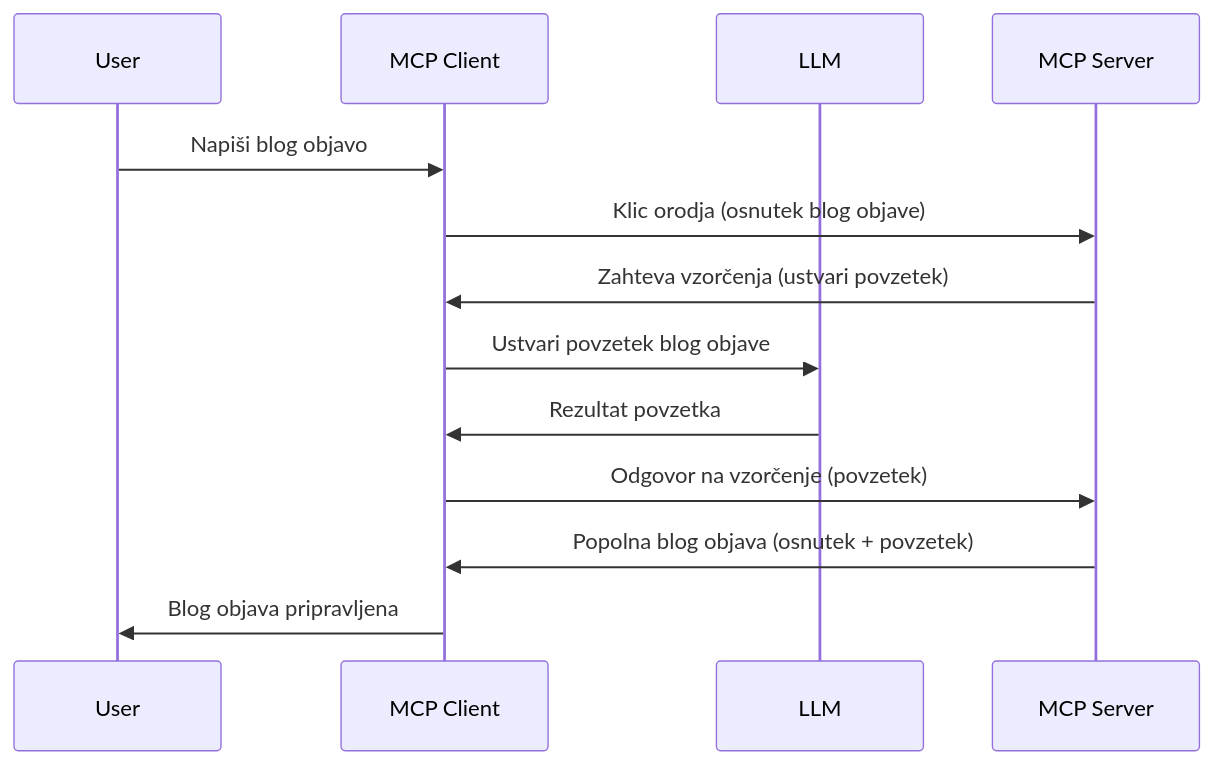
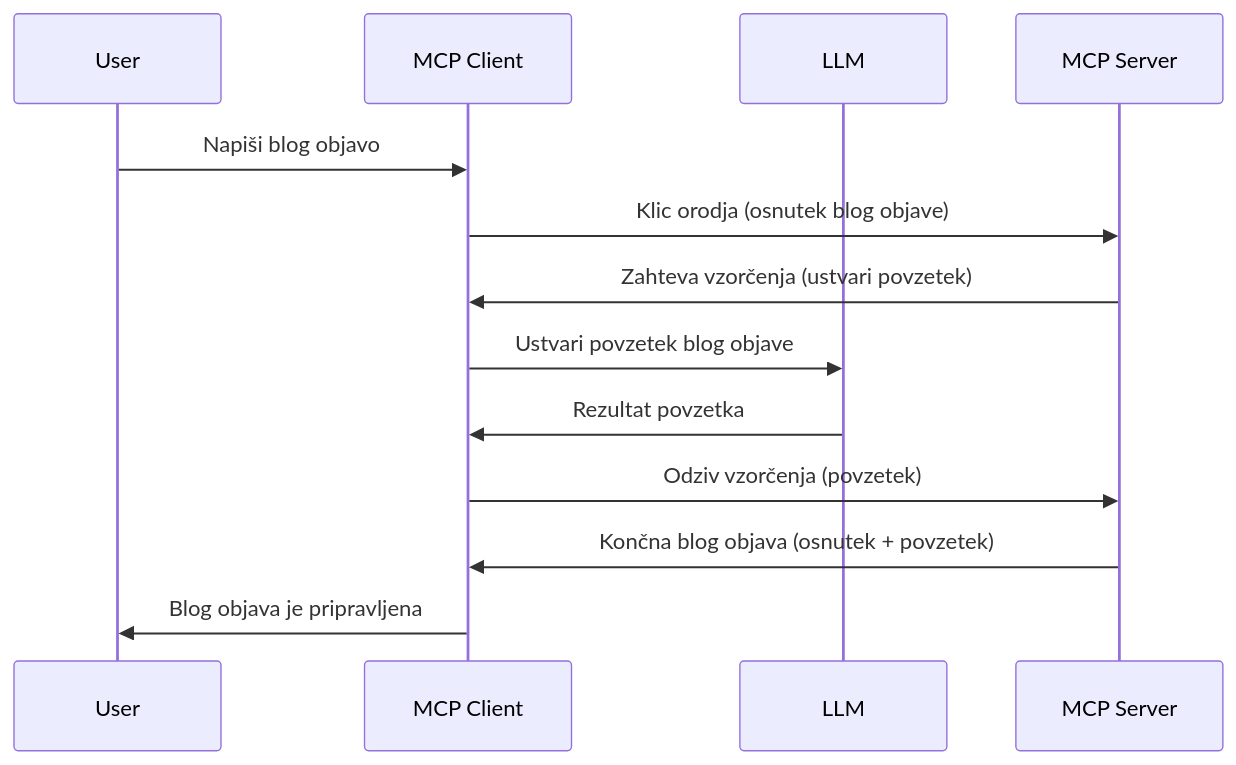
One commit to HIDORAKAI002/ai-workspace-archive changed the diagram in mcp_ecosystem__model_context_protocol/mcp_learning_resources/mcp-for-beginners/translations/sl/03-GettingStarted/14-sampling/README.md. Above: the diagram before and after it, drawn with Mermaid. The commit also changed other lines of this file and 1539 other files, not shown here.

````diff
--- a/mcp_ecosystem__model_context_protocol/mcp_learning_resources/mcp-for-beginners/translations/sl/03-GettingStarted/14-sampling/README.md
+++ b/mcp_ecosystem__model_context_protocol/mcp_learning_resources/mcp-for-beginners/translations/sl/03-GettingStarted/14-sampling/README.md
@@ -23,16 +23,16 @@
 ```mermaid
 sequenceDiagram
     participant User
     participant MCP Client
     participant LLM
     participant MCP Server
 
     User->>MCP Client: Napiši blog objavo
     MCP Client->>MCP Server: Klic orodja (osnutek blog objave)
     MCP Server->>MCP Client: Zahteva vzorčenja (ustvari povzetek)
     MCP Client->>LLM: Ustvari povzetek blog objave
     LLM->>MCP Client: Rezultat povzetka
-    MCP Client->>MCP Server: Odgovor na vzorčenje (povzetek)
-    MCP Server->>MCP Client: Popolna blog objava (osnutek + povzetek)
-    MCP Client->>User: Blog objava pripravljena
+    MCP Client->>MCP Server: Odziv vzorčenja (povzetek)
+    MCP Server->>MCP Client: Končna blog objava (osnutek + povzetek)
+    MCP Client->>User: Blog objava je pripravljena
 ```
````
